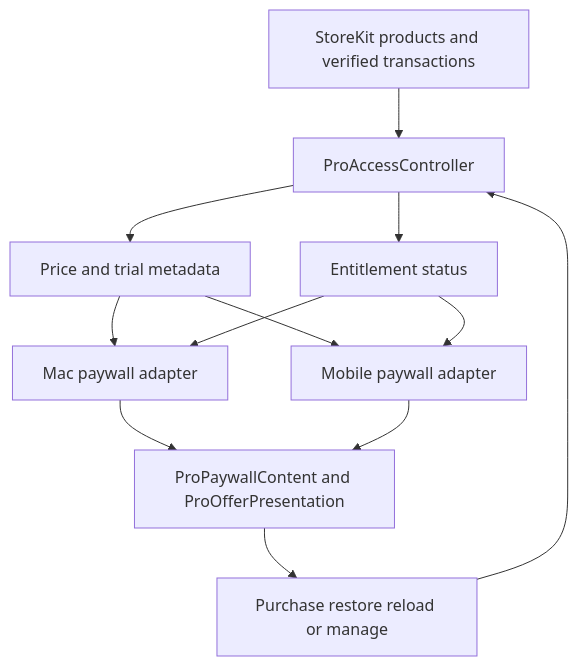
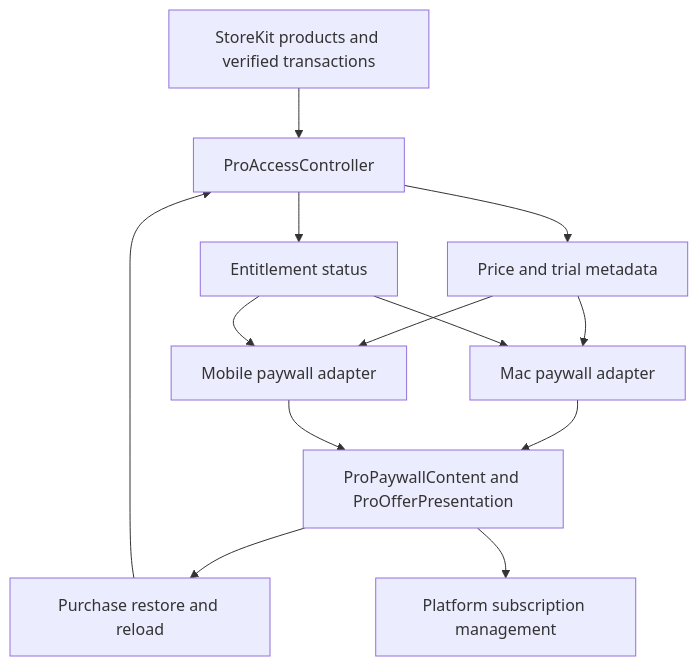
The diagram in openwiki/operations/storefront-commerce-release.md (AkinoKaede/Termind), drawn with Mermaid before and after one commit. The commit also changed other lines of this file and 49 other files, not shown here.

````diff
--- a/openwiki/operations/storefront-commerce-release.md
+++ b/openwiki/operations/storefront-commerce-release.md
@@ -74,14 +74,15 @@
 ```mermaid
 flowchart TD
     Store["StoreKit products and verified transactions"] --> Controller["ProAccessController"]
     Controller --> Metadata["Price and trial metadata"]
     Controller --> Access["Entitlement status"]
     Metadata --> Mac["Mac paywall adapter"]
     Access --> Mac
     Metadata --> Mobile["Mobile paywall adapter"]
     Access --> Mobile
     Mac --> Shared["ProPaywallContent and ProOfferPresentation"]
     Mobile --> Shared
-    Shared --> Actions["Purchase restore reload or manage"]
+    Shared --> Actions["Purchase restore and reload"]
     Actions --> Controller
+    Shared --> Manage["Platform subscription management"]
 ```
````
